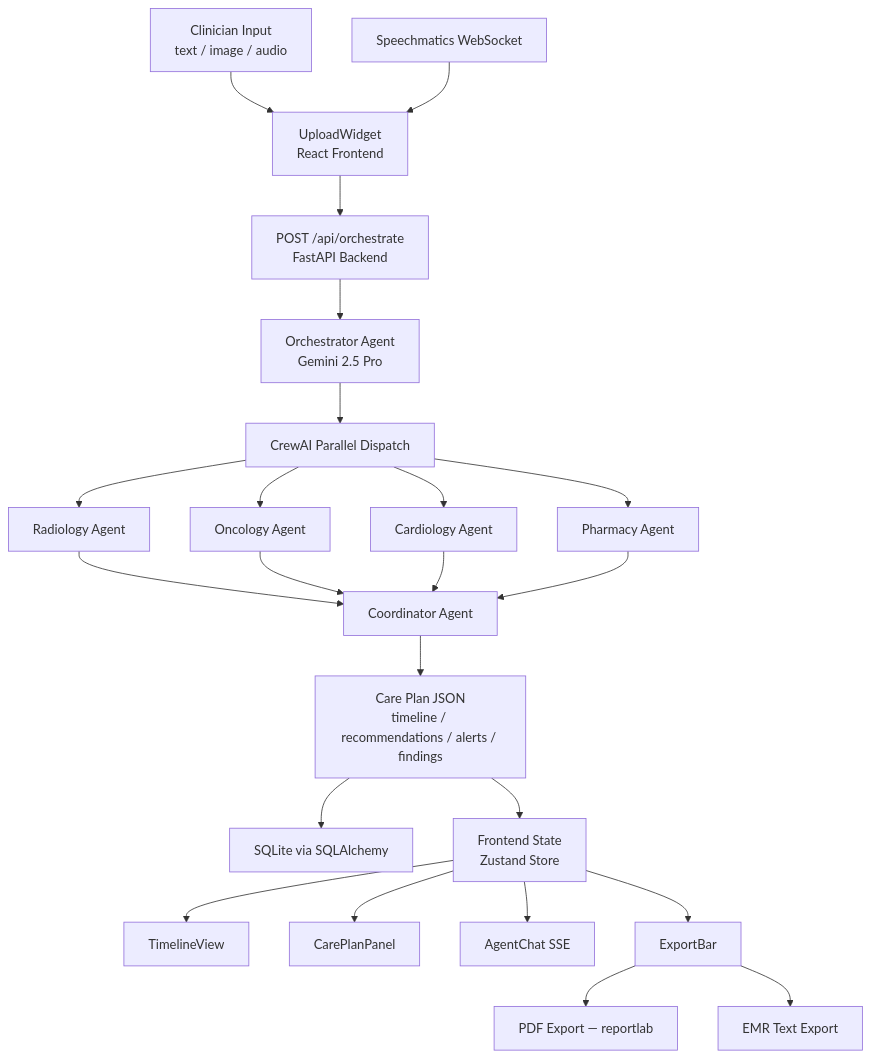
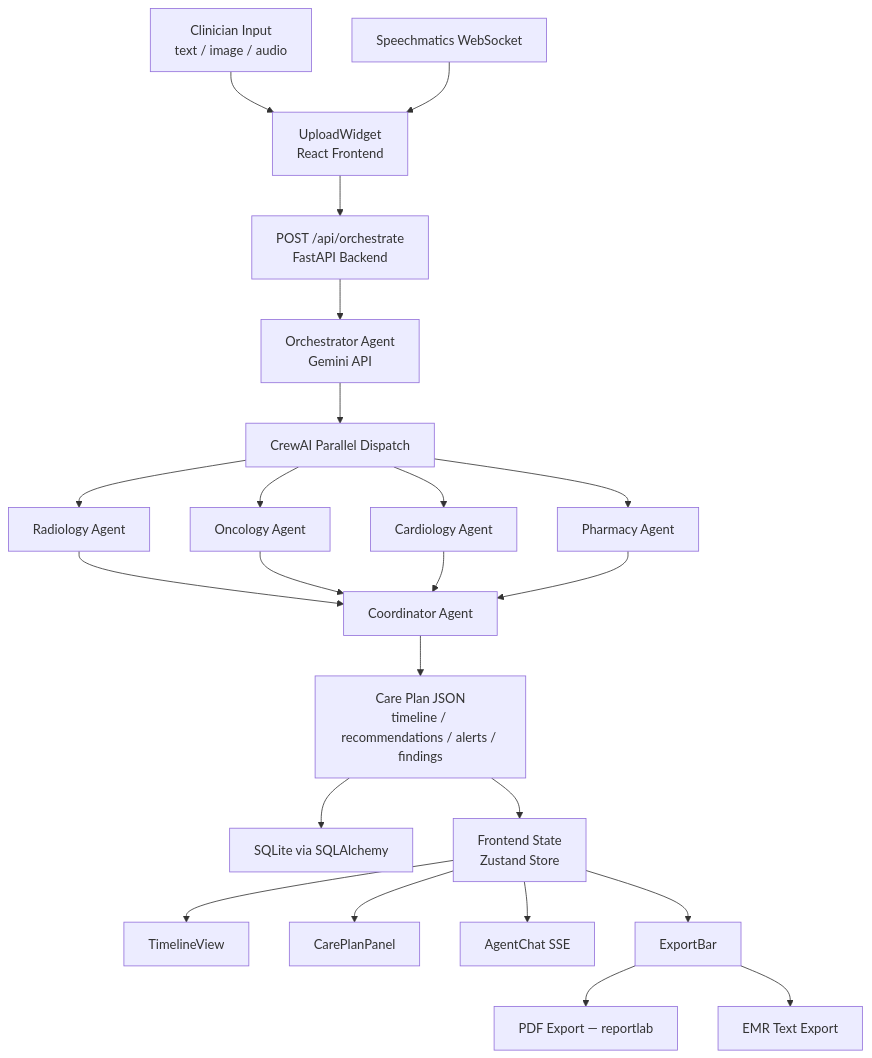
One commit to HiImSunny/careflow changed the diagram in README.md. Above: the diagram before and after it, drawn with Mermaid. The commit also changed other lines of this file, not shown here.

Commit message:
docs: remove hardcoded gemini-2.5-pro references, document GEMINI_MODEL env var

````diff
--- a/README.md
+++ b/README.md
@@ -26,26 +26,26 @@
 ```mermaid
 graph TD
     A[Clinician Input<br/>text / image / audio] --> B[UploadWidget<br/>React Frontend]
     B --> C[POST /api/orchestrate<br/>FastAPI Backend]
-    C --> D[Orchestrator Agent<br/>Gemini 2.5 Pro]
+    C --> D[Orchestrator Agent<br/>Gemini API]
     D --> E[CrewAI Parallel Dispatch]
     E --> F[Radiology Agent]
     E --> G[Oncology Agent]
     E --> H[Cardiology Agent]
     E --> I[Pharmacy Agent]
     F --> J[Coordinator Agent]
     G --> J
     H --> J
     I --> J
     J --> K[Care Plan JSON<br/>timeline / recommendations / alerts / findings]
     K --> L[SQLite via SQLAlchemy]
     K --> M[Frontend State<br/>Zustand Store]
     M --> N[TimelineView]
     M --> O[CarePlanPanel]
     M --> P[AgentChat SSE]
     M --> Q[ExportBar]
 
     R[Speechmatics WebSocket] --> B
     Q --> S[PDF Export — reportlab]
     Q --> T[EMR Text Export]
 ```
````
